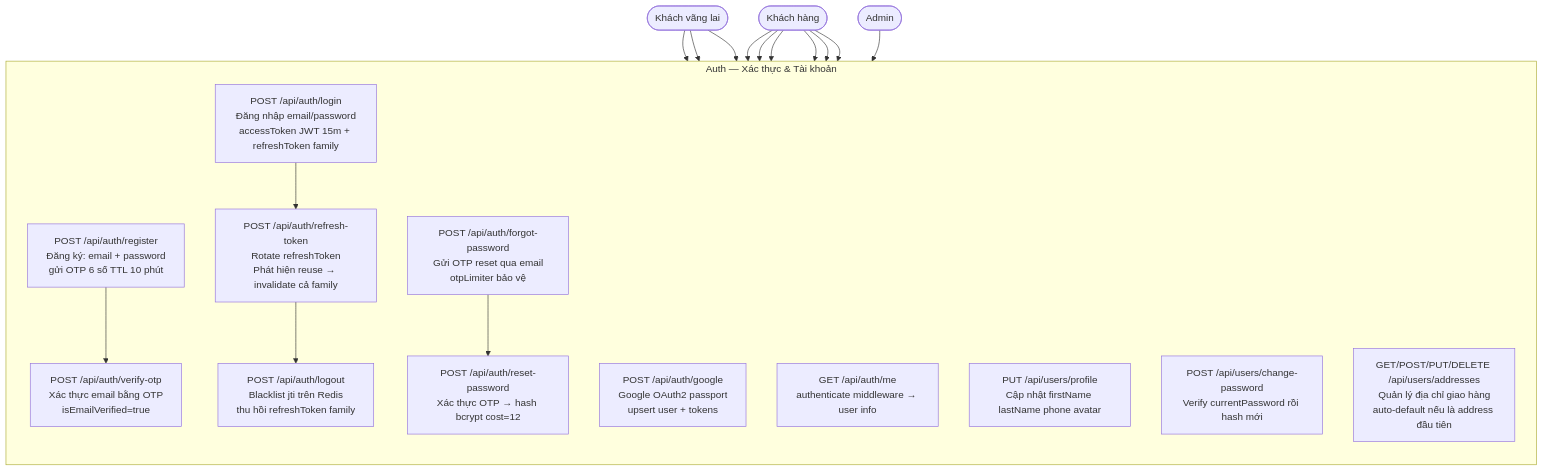
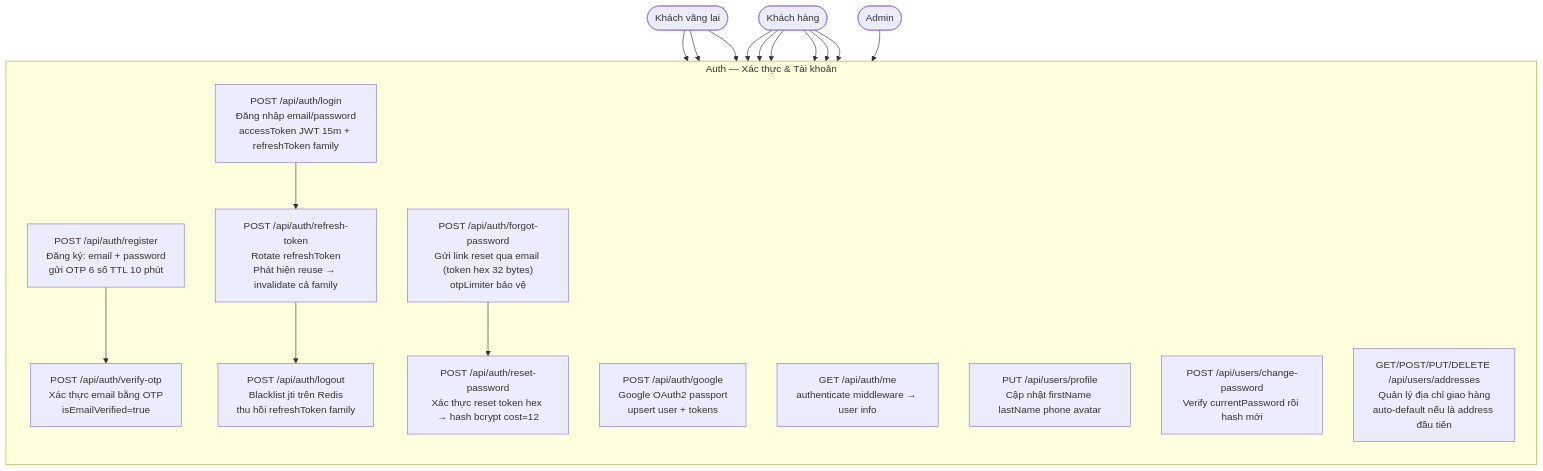
One commit to MinhThang1009/E-commerce-website changed the second of 29 diagrams in DIAGRAMS.md. Above: the diagram before and after it, drawn with Mermaid. The commit also changed other lines of this file, not shown here.

Commit message:
docs: sửa sai endpoints, logic auth, Redis keys theo code thực tế

````diff
--- a/DIAGRAMS.md
+++ b/DIAGRAMS.md
@@ -108,37 +108,37 @@
 ```mermaid
 flowchart TB
     Guest(["Khách vãng lai"])
     Customer(["Khách hàng"])
     Admin(["Admin"])
 
     subgraph AUTH["Auth — Xác thực & Tài khoản"]
         direction TB
         A1["POST /api/auth/register\nĐăng ký: email + password\ngửi OTP 6 số TTL 10 phút"]
         A2["POST /api/auth/verify-otp\nXác thực email bằng OTP\nisEmailVerified=true"]
         A3["POST /api/auth/login\nĐăng nhập email/password\naccessToken JWT 15m + refreshToken family"]
         A4["POST /api/auth/google\nGoogle OAuth2 passport\nupsert user + tokens"]
         A5["POST /api/auth/refresh-token\nRotate refreshToken\nPhát hiện reuse → invalidate cả family"]
         A6["POST /api/auth/logout\nBlacklist jti trên Redis\nthu hồi refreshToken family"]
-        A7["POST /api/auth/forgot-password\nGửi OTP reset qua email\notpLimiter bảo vệ"]
-        A8["POST /api/auth/reset-password\nXác thực OTP → hash bcrypt cost=12"]
+        A7["POST /api/auth/forgot-password\nGửi link reset qua email (token hex 32 bytes)\notpLimiter bảo vệ"]
+        A8["POST /api/auth/reset-password\nXác thực reset token hex → hash bcrypt cost=12"]
         A9["GET /api/auth/me\nauthenticate middleware → user info"]
         A10["PUT /api/users/profile\nCập nhật firstName lastName phone avatar"]
         A11["POST /api/users/change-password\nVerify currentPassword rồi hash mới"]
         A12["GET/POST/PUT/DELETE /api/users/addresses\nQuản lý địa chỉ giao hàng\nauto-default nếu là address đầu tiên"]
         A1 --> A2
         A3 --> A5
         A5 --> A6
         A7 --> A8
     end
 
     Guest --> A1
     Guest --> A3
     Guest --> A4
     Customer --> A6
     Customer --> A7
     Customer --> A9
     Customer --> A10
     Customer --> A11
     Customer --> A12
     Admin --> A9
 ```
````
